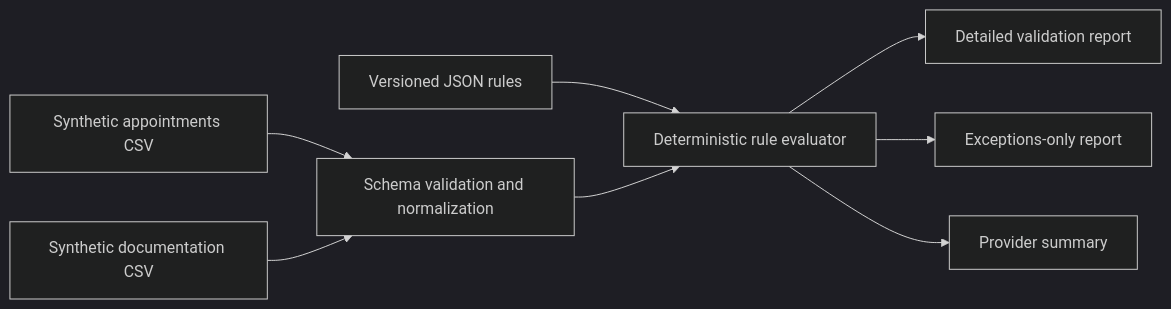
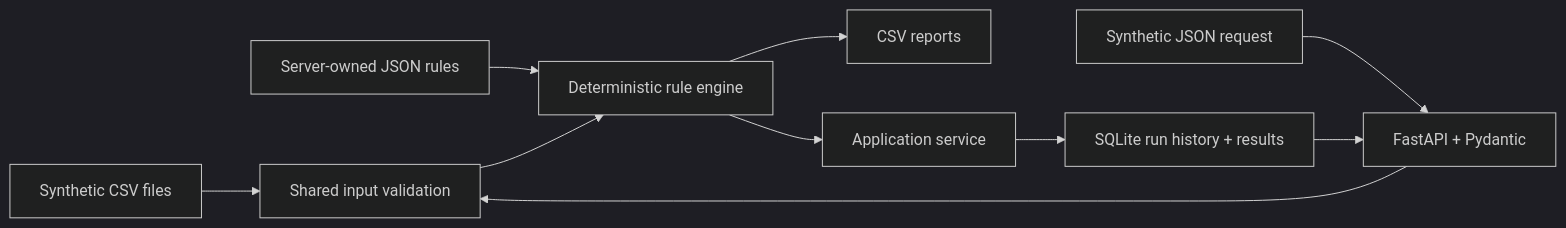
Before and after one commit to giovannimounir96/behavioral-health-documentation-validator: the diagram in README.md, drawn with Mermaid (dark theme). The commit also changed other lines of this file and 18 other files, not shown here.

Commit message:
feat: add SQLite persistence and REST API

````diff
--- a/README.md
+++ b/README.md
@@ -33,10 +33,10 @@
 ```mermaid
 flowchart LR
-    A["Synthetic appointments CSV"] --> C["Schema validation and normalization"]
-    B["Synthetic documentation CSV"] --> C
-    D["Versioned JSON rules"] --> E["Deterministic rule evaluator"]
+    A["Synthetic CSV files"] --> C["Shared input validation"]
+    B["Synthetic JSON request"] --> API["FastAPI + Pydantic"] --> C
+    D["Server-owned JSON rules"] --> E["Deterministic rule engine"]
     C --> E
-    E --> F["Detailed validation report"]
-    E --> G["Exceptions-only report"]
-    E --> H["Provider summary"]
+    E --> F["CSV reports"]
+    E --> S["Application service"] --> DB["SQLite run history + results"]
+    DB --> API
 ```
````
